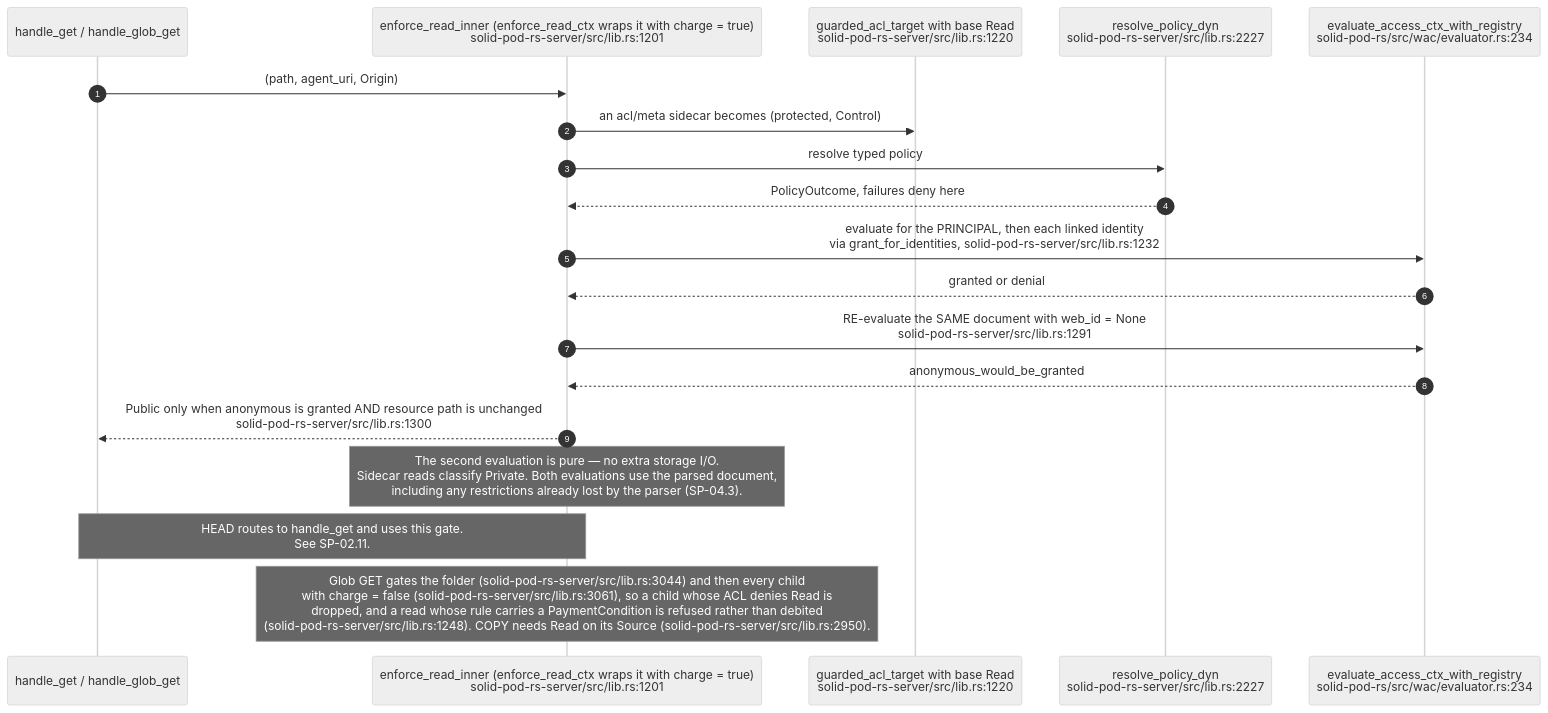
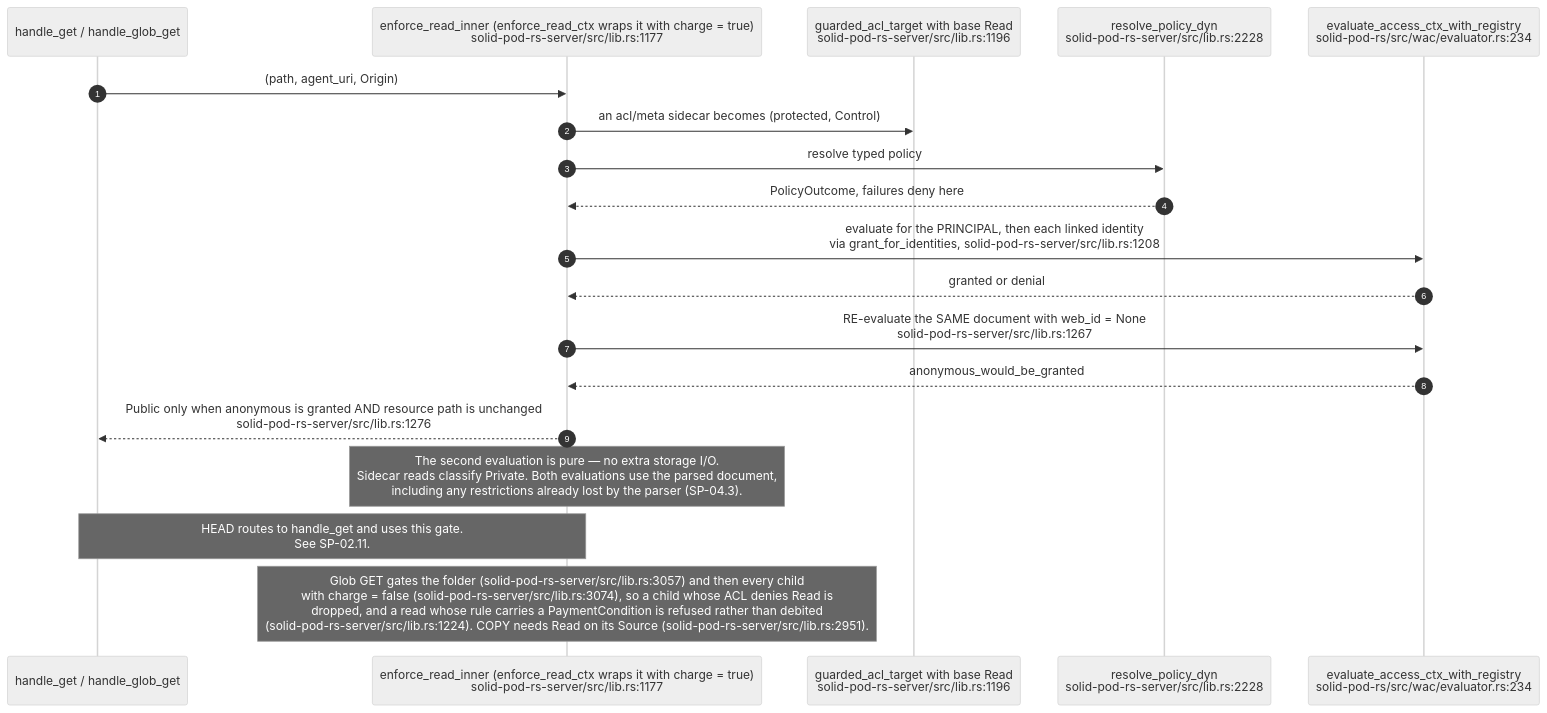
Before and after one commit to DreamLab-AI/VisionFlow: the second of 13 diagrams in docs/diagrams/solid-pod-rs/04-wac-authorisation.md, drawn with Mermaid (neutral theme). The commit also changed other lines of this file and 47 other files, not shown here.

````diff
--- a/docs/diagrams/solid-pod-rs/04-wac-authorisation.md
+++ b/docs/diagrams/solid-pod-rs/04-wac-authorisation.md
@@ -66,22 +72,22 @@
 ```mermaid
 sequenceDiagram
     autonumber
     participant H as handle_get / handle_glob_get
-    participant ER as enforce_read_inner (enforce_read_ctx wraps it with charge = true)<br/>solid-pod-rs-server/src/lib.rs:1201
-    participant ET as guarded_acl_target with base Read<br/>solid-pod-rs-server/src/lib.rs:1220
-    participant RP as resolve_policy_dyn<br/>solid-pod-rs-server/src/lib.rs:2227
+    participant ER as enforce_read_inner (enforce_read_ctx wraps it with charge = true)<br/>solid-pod-rs-server/src/lib.rs:1177
+    participant ET as guarded_acl_target with base Read<br/>solid-pod-rs-server/src/lib.rs:1196
+    participant RP as resolve_policy_dyn<br/>solid-pod-rs-server/src/lib.rs:2228
     participant EV as evaluate_access_ctx_with_registry<br/>solid-pod-rs/src/wac/evaluator.rs:234
 
     H->>ER: (path, agent_uri, Origin)
     ER->>ET: an acl/meta sidecar becomes (protected, Control)
     ER->>RP: resolve typed policy
     RP-->>ER: PolicyOutcome, failures deny here
-    ER->>EV: evaluate for the PRINCIPAL, then each linked identity<br/>via grant_for_identities, solid-pod-rs-server/src/lib.rs:1232
+    ER->>EV: evaluate for the PRINCIPAL, then each linked identity<br/>via grant_for_identities, solid-pod-rs-server/src/lib.rs:1208
     EV-->>ER: granted or denial
-    ER->>EV: RE-evaluate the SAME document with web_id = None<br/>solid-pod-rs-server/src/lib.rs:1291
+    ER->>EV: RE-evaluate the SAME document with web_id = None<br/>solid-pod-rs-server/src/lib.rs:1267
     EV-->>ER: anonymous_would_be_granted
-    ER-->>H: Public only when anonymous is granted AND resource path is unchanged<br/>solid-pod-rs-server/src/lib.rs:1300
+    ER-->>H: Public only when anonymous is granted AND resource path is unchanged<br/>solid-pod-rs-server/src/lib.rs:1276
     Note over ER: The second evaluation is pure — no extra storage I/O.<br/>Sidecar reads classify Private. Both evaluations use the parsed document,<br/>including any restrictions already lost by the parser (SP-04.3).
     Note over H,ER: HEAD routes to handle_get and uses this gate.<br/>See SP-02.11.
-    Note over ER: Glob GET gates the folder (solid-pod-rs-server/src/lib.rs:3044) and then every child<br/>with charge = false (solid-pod-rs-server/src/lib.rs:3061), so a child whose ACL denies Read is<br/>dropped, and a read whose rule carries a PaymentCondition is refused rather than debited<br/>(solid-pod-rs-server/src/lib.rs:1248). COPY needs Read on its Source (solid-pod-rs-server/src/lib.rs:2950).
+    Note over ER: Glob GET gates the folder (solid-pod-rs-server/src/lib.rs:3057) and then every child<br/>with charge = false (solid-pod-rs-server/src/lib.rs:3074), so a child whose ACL denies Read is<br/>dropped, and a read whose rule carries a PaymentCondition is refused rather than debited<br/>(solid-pod-rs-server/src/lib.rs:1224). COPY needs Read on its Source (solid-pod-rs-server/src/lib.rs:2951).
 ```
````
